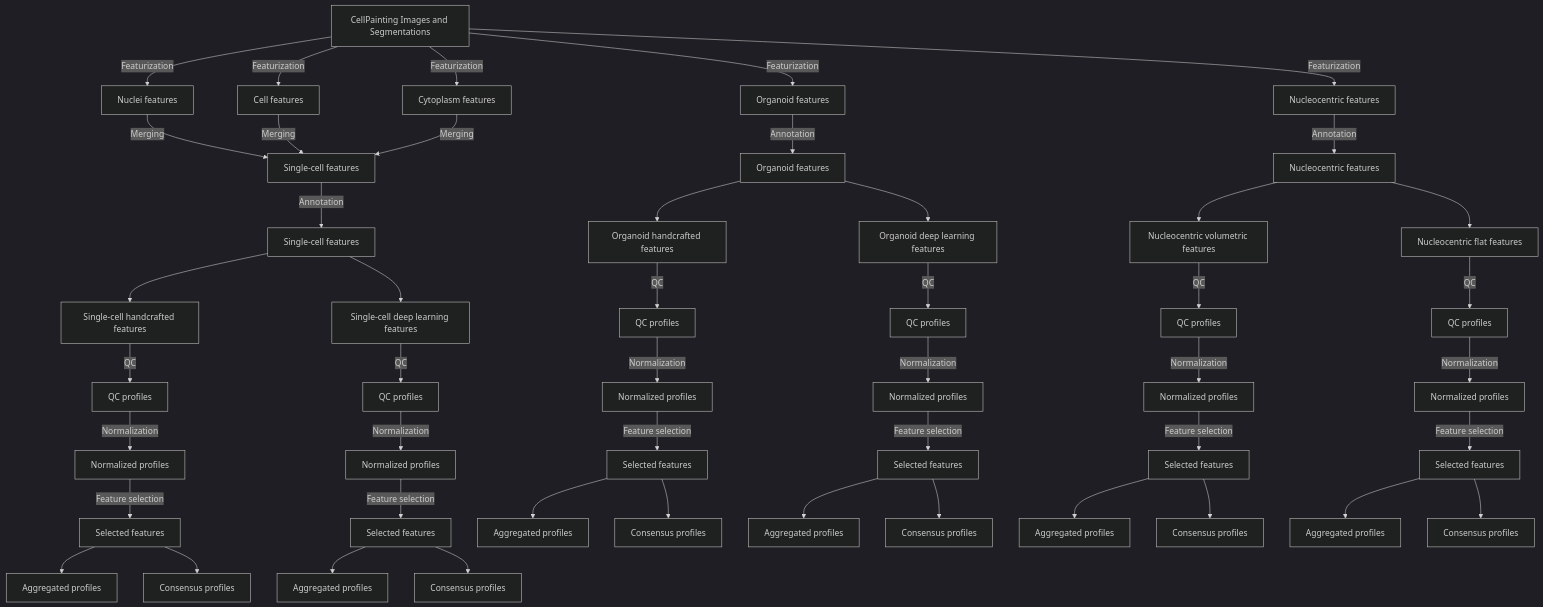
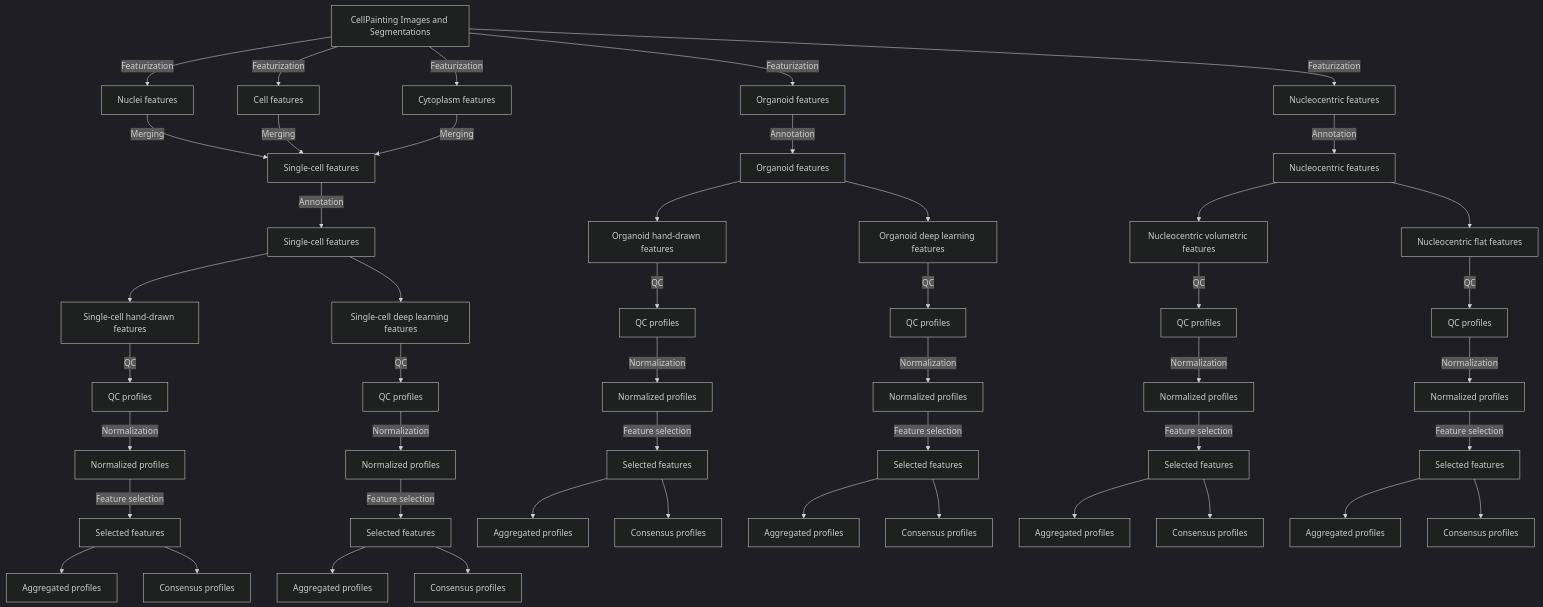
One commit to WayScience/NF1_3D_organoid_profiling_pipeline changed the second of 3 diagrams in README.md. Above: the diagram before and after it, drawn with Mermaid (dark theme). The commit also changed other lines of this file and 2 other files, not shown here.

````diff
--- a/README.md
+++ b/README.md
@@ -284,56 +384,56 @@
 ```mermaid
 graph TD
     A1[CellPainting Images and Segmentations]
 
 
     A1 -->|Featurization| B[Nuclei features ]
     A1 -->|Featurization| C[Cell features ]
     A1 -->|Featurization| D[Cytoplasm features ]
     A1 -->|Featurization| E[Organoid features ]
     A1 -->|Featurization| F[Nucleocentric features ]
 
 
     B --> |Merging| G[Single-cell features ]
     C --> |Merging| G[Single-cell features ]
     D --> |Merging| G[Single-cell features ]
     G --> |Annotation| G1[Single-cell features ]
 
     E --> |Annotation| H[Organoid features ]
     F --> |Annotation| I[Nucleocentric features ]
-    G1 --> J[Single-cell handcrafted features ]
+    G1 --> J[Single-cell hand-drawn features ]
     G1 --> K[Single-cell deep learning features ]
-    H --> L[Organoid handcrafted features]
+    H --> L[Organoid hand-drawn features]
     H --> M[Organoid deep learning features]
     I --> N[Nucleocentric volumetric features]
     I --> O[Nucleocentric flat features]
     J --> |QC| P1[QC profiles]
     K --> |QC| P2[QC profiles]
     L --> |QC| P3[QC profiles]
     M --> |QC| P4[QC profiles]
     N --> |QC| P5[QC profiles]
     O --> |QC| P6[QC profiles]
     P1 --> |Normalization| S1[Normalized profiles]
     P2 --> |Normalization| S2[Normalized profiles]
     P3 --> |Normalization| S3[Normalized profiles]
     P4 --> |Normalization| S4[Normalized profiles]
     P5 --> |Normalization| S5[Normalized profiles]
     P6 --> |Normalization| S6[Normalized profiles]
     S1 --> |Feature selection| T1[Selected features]
     S2 --> |Feature selection| T2[Selected features]
     S3 --> |Feature selection| T3[Selected features]
     S4 --> |Feature selection| T4[Selected features]
     S5 --> |Feature selection| T5[Selected features]
     S6 --> |Feature selection| T6[Selected features]
     T1 --> U1[Aggregated profiles]
     T2 --> U2[Aggregated profiles]
     T3 --> U3[Aggregated profiles]
     T4 --> U4[Aggregated profiles]
     T5 --> U5[Aggregated profiles]
     T6 --> U6[Aggregated profiles]
     T1 --> V1[Consensus profiles]
     T2 --> V2[Consensus profiles]
     T3 --> V3[Consensus profiles]
     T4 --> V4[Consensus profiles]
     T5 --> V5[Consensus profiles]
     T6 --> V6[Consensus profiles]
 ```
````
